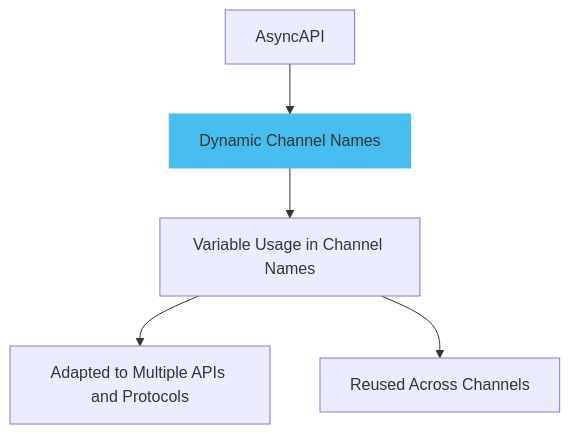
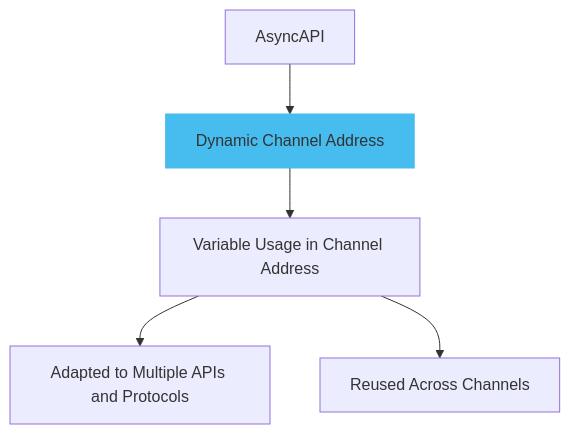
Before and after one commit to asyncapi/website: the first of 2 diagrams in pages/docs/concepts/asyncapi-document/dynamic-channel-names.md, drawn with Mermaid. The commit also changed other lines of this file, not shown here.

````diff
--- a/pages/docs/concepts/asyncapi-document/dynamic-channel-names.md
+++ b/pages/docs/concepts/asyncapi-document/dynamic-channel-names.md
@@ -8,15 +8,15 @@
 ```mermaid
 graph TD
 A[AsyncAPI]
-B[Dynamic Channel Names]
-D[Variable Usage in Channel Names]
+B[Dynamic Channel Address]
+D[Variable Usage in Channel Address]
 E[Adapted to Multiple APIs and Protocols]
 F[Reused Across Channels]
 
 style B fill:#47BCEE,stroke:#47BCEE;
 
 A --> B
 B --> D
 D --> E
 D --> F
 ```
````
